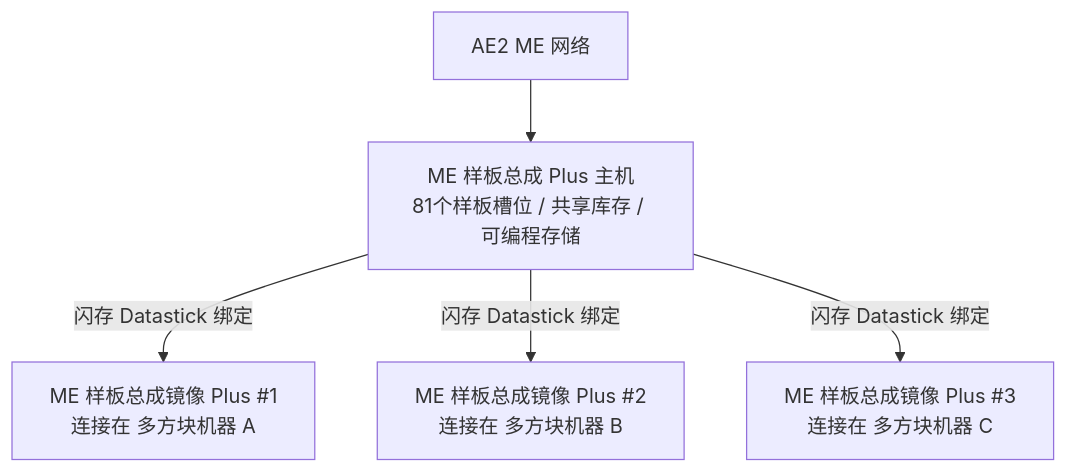
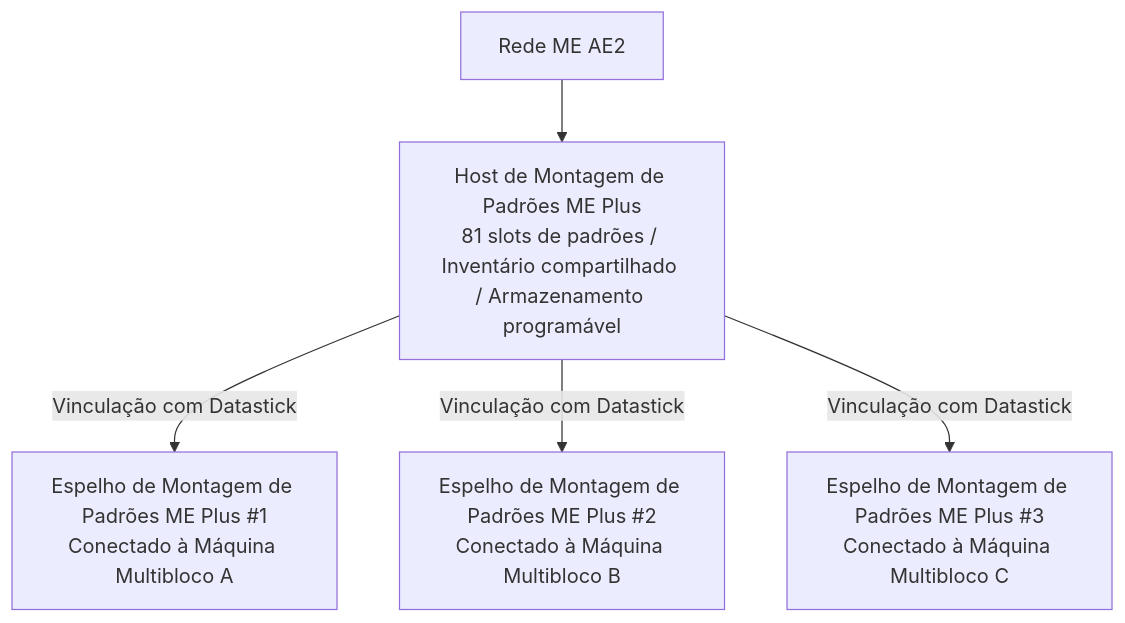
One commit to takanashisatou/GregtechEasy-Docs changed the diagram in docs/pt/gtecore/ae2-integration.md. Above: the diagram before and after it, drawn with Mermaid. The commit also changed other lines of this file and 99 other files, not shown here.

````diff
--- a/docs/pt/gtecore/ae2-integration.md
+++ b/docs/pt/gtecore/ae2-integration.md
@@ -13,7 +13,7 @@
 ```mermaid
 graph TD
-    A[AE2 ME 网络] --> B[ME 样板总成 Plus 主机<br/>81个样板槽位 / 共享库存 / 可编程存储]
-    B -->|闪存 Datastick 绑定| C[ME 样板总成镜像 Plus #1<br/>连接在 多方块机器 A]
-    B -->|闪存 Datastick 绑定| D[ME 样板总成镜像 Plus #2<br/>连接在 多方块机器 B]
-    B -->|闪存 Datastick 绑定| E[ME 样板总成镜像 Plus #3<br/>连接在 多方块机器 C]
+    A[Rede ME AE2] --> B[Host de Montagem de Padrões ME Plus<br/>81 slots de padrões / Inventário compartilhado / Armazenamento programável]
+    B -->|Vinculação com Datastick| C[Espelho de Montagem de Padrões ME Plus #1<br/>Conectado à Máquina Multibloco A]
+    B -->|Vinculação com Datastick| D[Espelho de Montagem de Padrões ME Plus #2<br/>Conectado à Máquina Multibloco B]
+    B -->|Vinculação com Datastick| E[Espelho de Montagem de Padrões ME Plus #3<br/>Conectado à Máquina Multibloco C]
 ```
````
